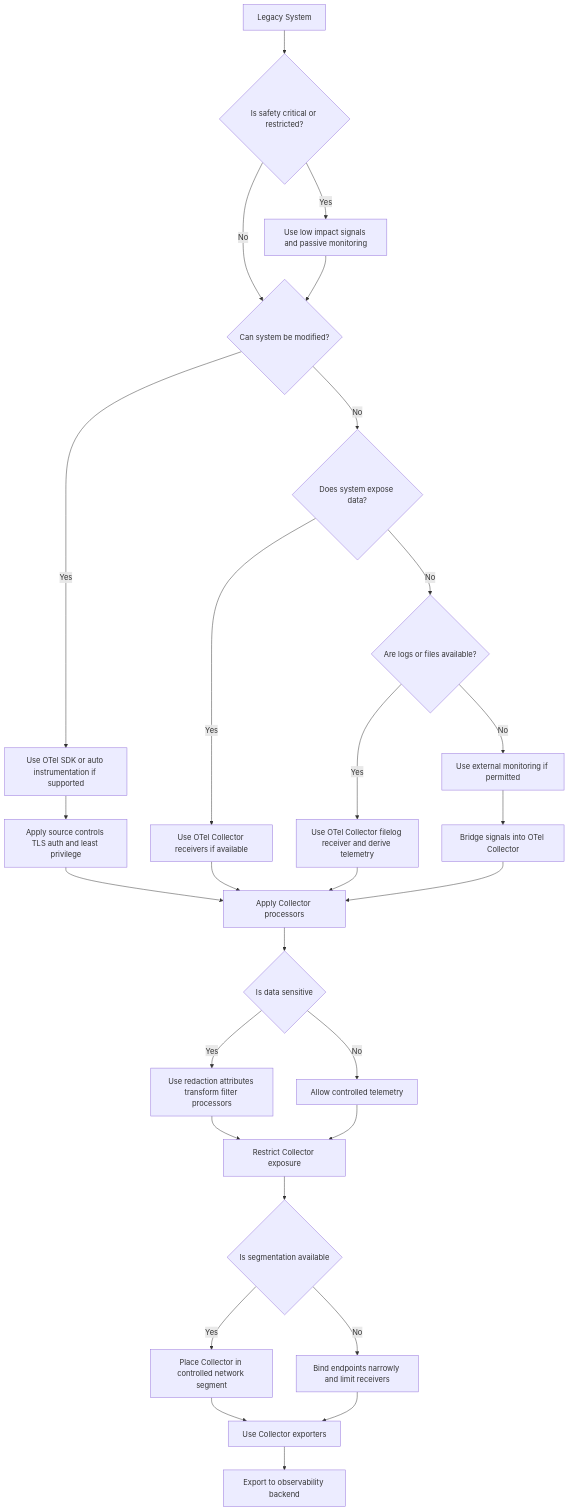
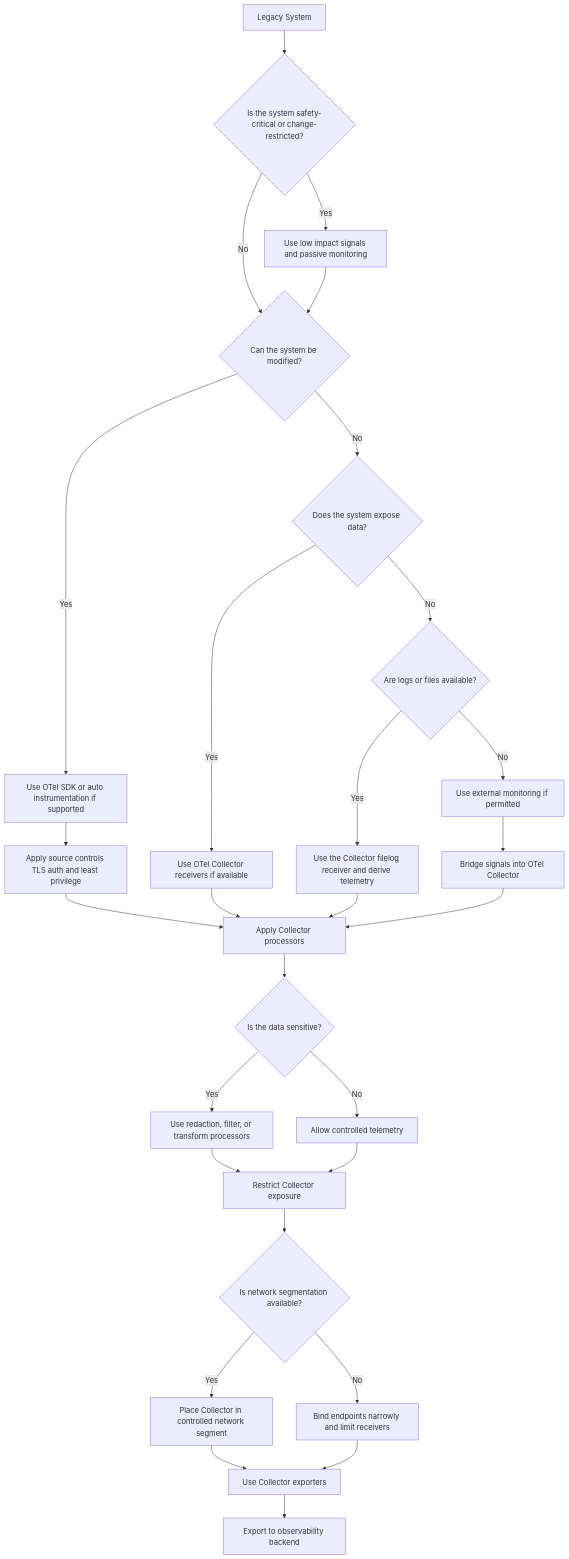
One commit to open-telemetry/opentelemetry.io changed the diagram in content/en/blog/2026/security-legacy-environments.md. Above: the diagram before and after it, drawn with Mermaid. The commit also changed other lines of this file, not shown here.

````diff
--- a/content/en/blog/2026/security-legacy-environments.md
+++ b/content/en/blog/2026/security-legacy-environments.md
@@ -122,47 +123,47 @@
 ```mermaid
 flowchart TD
-    A[Legacy System] --> Q0{Is safety critical or restricted?}
+    A[Legacy System] --> Q0{Is the system safety-critical or change-restricted?}
 
     Q0 -- Yes --> S1[Use low impact signals and passive monitoring]
-    Q0 -- No --> Q1{Can system be modified?}
+    Q0 -- No --> Q1{Can the system be modified?}
 
     S1 --> Q1
 
     Q1 -- Yes --> C1[Use OTel SDK or auto instrumentation if supported]
     C1 --> C2[Apply source controls TLS auth and least privilege]
 
-    Q1 -- No --> Q2{Does system expose data?}
+    Q1 -- No --> Q2{Does the system expose data?}
 
     Q2 -- Yes --> C3[Use OTel Collector receivers if available]
 
     Q2 -- No --> Q3{Are logs or files available?}
 
-    Q3 -- Yes --> C4[Use OTel Collector filelog receiver and derive telemetry]
+    Q3 -- Yes --> C4[Use the Collector filelog receiver and derive telemetry]
 
     Q3 -- No --> C5[Use external monitoring if permitted]
     C5 --> C6[Bridge signals into OTel Collector]
 
     C2 --> P1
     C3 --> P1
     C4 --> P1
     C6 --> P1
 
-    P1[Apply Collector processors] --> P2{Is data sensitive}
+    P1[Apply Collector processors] --> P2{Is the data sensitive?}
 
-    P2 -- Yes --> P3[Use redaction attributes transform filter processors]
+    P2 -- Yes --> P3[Use redaction, filter, or transform processors]
     P2 -- No --> P4[Allow controlled telemetry]
 
     P3 --> E1
     P4 --> E1
 
-    E1[Restrict Collector exposure] --> E2{Is segmentation available}
+    E1[Restrict Collector exposure] --> E2{Is network segmentation available?}
 
     E2 -- Yes --> E3[Place Collector in controlled network segment]
     E2 -- No --> E4[Bind endpoints narrowly and limit receivers]
 
     E3 --> X1
     E4 --> X1
 
     X1[Use Collector exporters]
     X1 --> X2[Export to observability backend]
 ```
````
